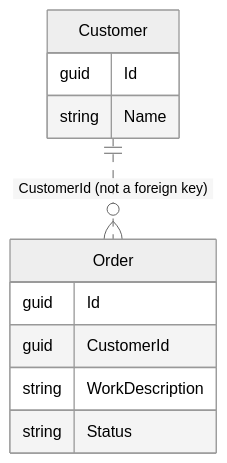
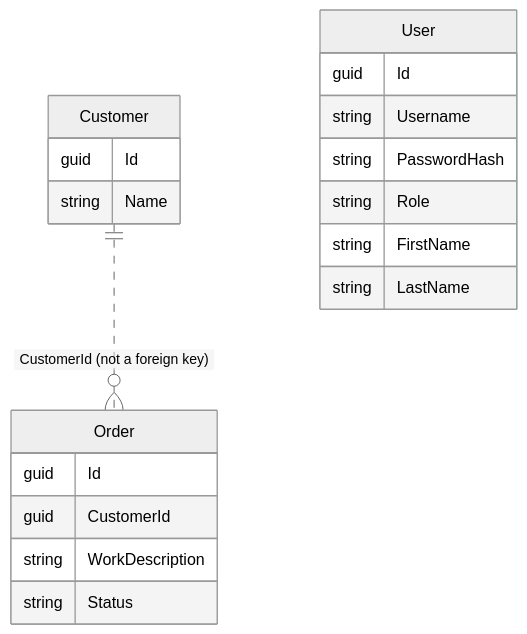
One commit to bj0594/TailorManager changed the second of 6 diagrams in Documentation/Specification.md. Above: the diagram before and after it, drawn with Mermaid (neutral theme). The commit also changed other lines of this file, not shown here.

```diff
--- a/Documentation/Specification.md
+++ b/Documentation/Specification.md
@@ -176,14 +180,22 @@
 ~~~mermaid
 erDiagram
     Customer ||..o{ Order : "CustomerId (not a foreign key)"
     Customer {
         guid Id
         string Name
     }
     Order {
         guid Id
         guid CustomerId
         string WorkDescription
         string Status
     }
+    User {
+        guid Id
+        string Username
+        string PasswordHash
+        string Role
+        string FirstName
+        string LastName
+    }
 ~~~
```
